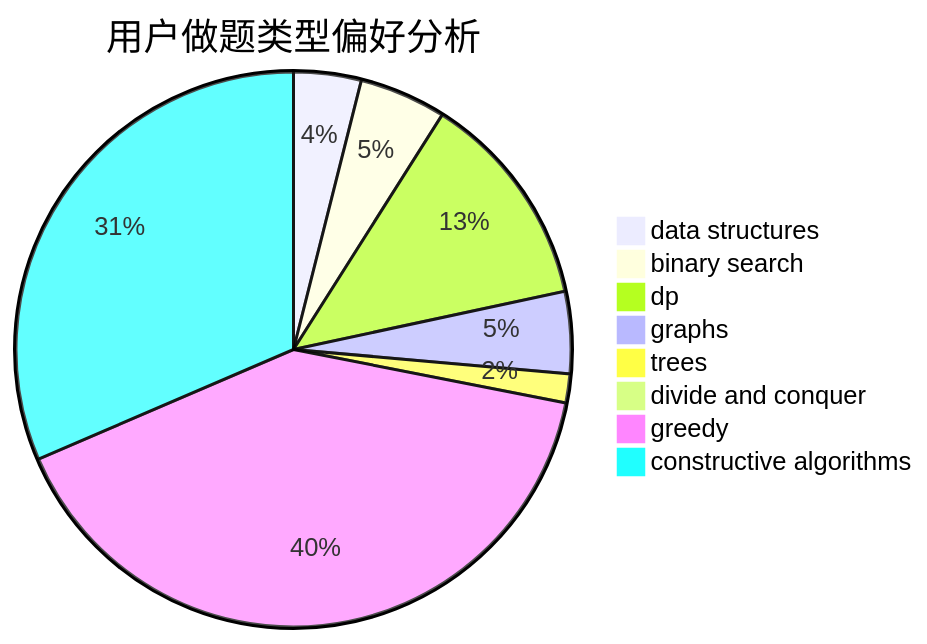
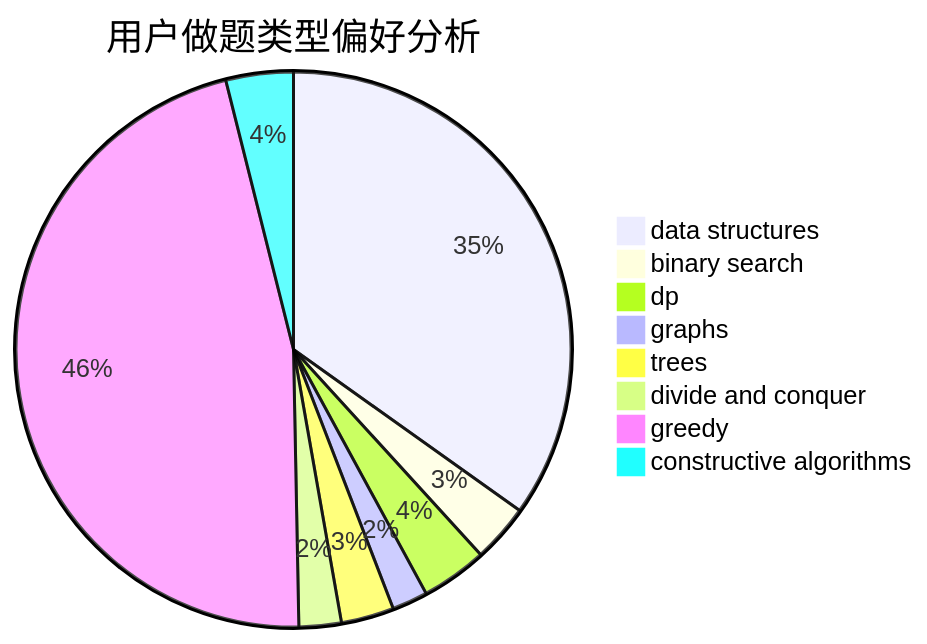
Before and after one commit to sherpahu/cfrs.github.io: the second of 3 diagrams in docs/user/u2533.md, drawn with Mermaid. The commit also changed other lines of this file and 2770 other files, not shown here.

````diff
--- a/docs/user/u2533.md
+++ b/docs/user/u2533.md
@@ -23,11 +23,11 @@
 ```mermaid
 pie title 用户做题类型偏好分析
-    "data structures" :  14
-    "binary search" :  18
-    "dp" :  45
-    "graphs" :  17
-    "trees" :  6
-    "divide and conquer" :  0
-    "greedy" :  144
-    "constructive algorithms" :  112
+    "data structures" :  453
+    "binary search" :  44
+    "dp" :  50
+    "graphs" :  27
+    "trees" :  40
+    "divide and conquer" :  32
+    "greedy" :  603
+    "constructive algorithms" :  51
 ```
````
